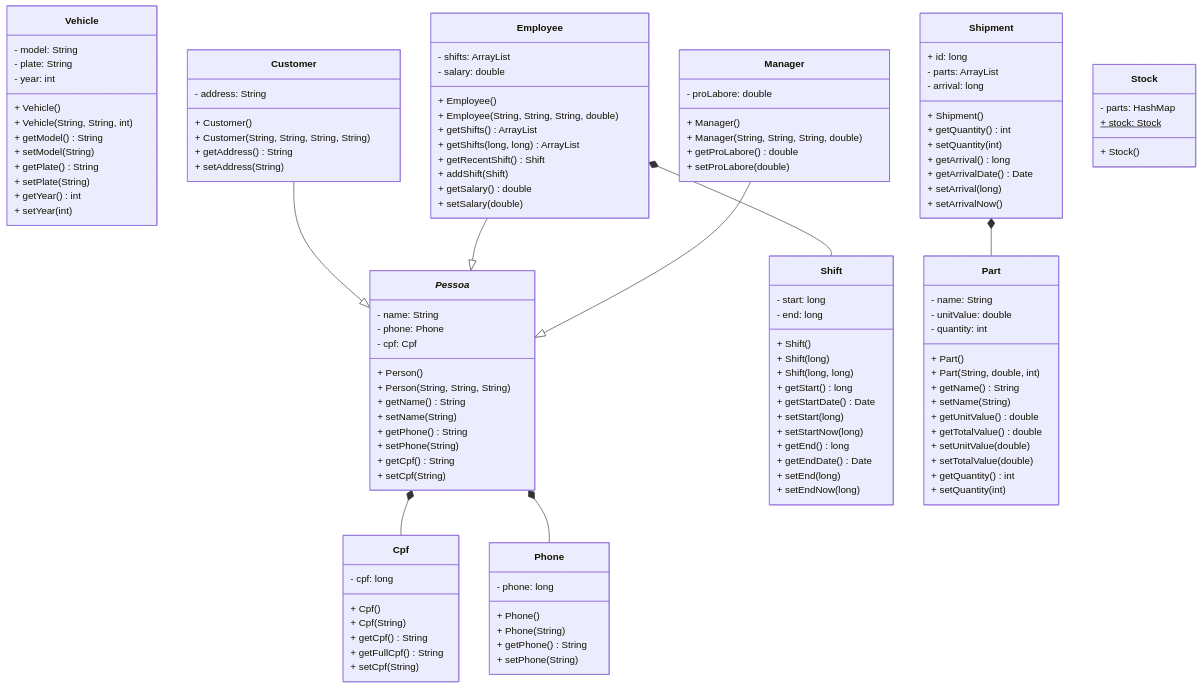
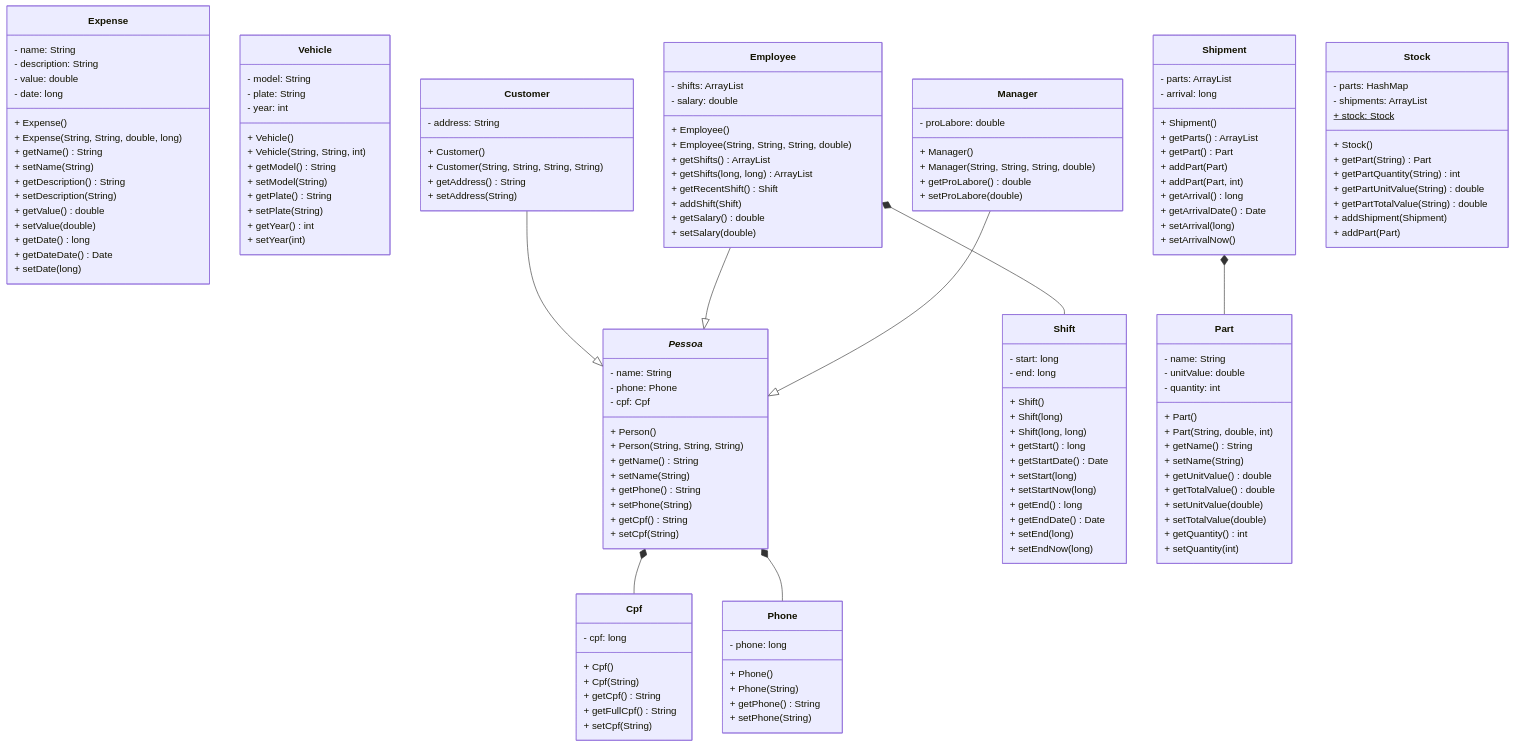
The diagram in README.md (alan-b-lima/Workshop), drawn with Mermaid before and after one commit. The commit also changed 5 other files, not shown here.

````diff
--- a/README.md
+++ b/README.md
@@ -69,5 +69,25 @@
 ```mermaid
 classDiagram
+
+    class Expense {
+        - name: String
+        - description: String
+        - value: double
+        - date: long
+
+        + Expense()
+        + Expense(String, String, double, long)
+
+        + getName() String
+        + setName(String)
+        + getDescription() String
+        + setDescription(String)
+        + getValue() double
+        + setValue(double)
+        + getDate() long
+        + getDateDate() Date
+        + setDate(long)
+    }
 
     class Cpf {
         - cpf: long
@@ -147,7 +167,7 @@
         + getShifts() ArrayList<Shift>
         + getShifts(long, long) ArrayList<Shift>
         + getRecentShift() Shift
-        + addShift(Shift) 
+        + addShift(Shift)
         + getSalary() double
         + setSalary(double)
     }
@@ -183,14 +203,15 @@
 
     Shipment *-- Part
     class Shipment {
-        + id: long
         - parts: ArrayList<Part>
         - arrival: long
 
         + Shipment()
         
-        + getQuantity() int
-        + setQuantity(int)
+        + getParts() ArrayList<Part>
+        + getPart() Part
+        + addPart(Part)
+        + addPart(Part, int)
         + getArrival() long
         + getArrivalDate() Date
         + setArrival(long)
@@ -199,10 +220,18 @@
 
     class Stock {
         - parts: HashMap<String, Part>
+        - shipments: ArrayList<Shipment>
 
         + stock: Stock $
 
         + Stock()
+
+        + getPart(String) Part
+        + getPartQuantity(String) int
+        + getPartUnitValue(String) double
+        + getPartTotalValue(String) double
+        + addShipment(Shipment)
+        + addPart(Part)
     }
 
     class Part {
````
